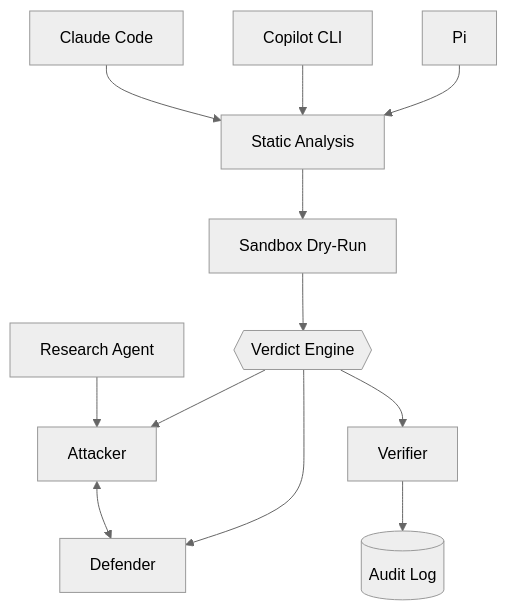
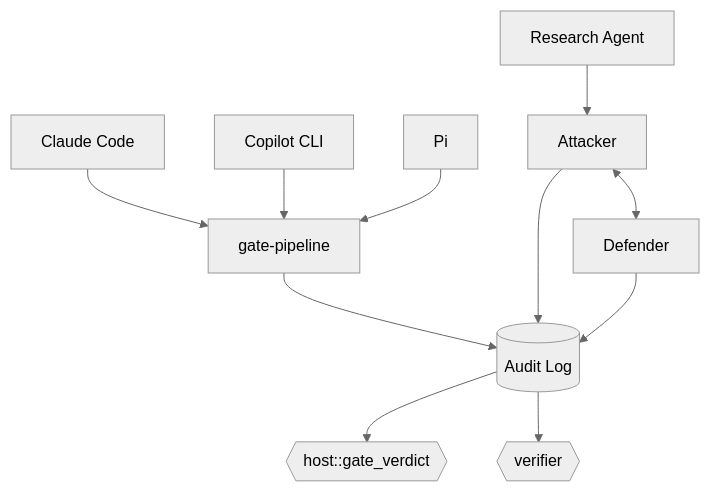
One commit to arifbazli/rust-agentic-sandbox changed the diagram in README.md. Above: the diagram before and after it, drawn with Mermaid (neutral theme). The commit also changed other lines of this file, not shown here.

Commit message:
Rewrite README.md — audited against post-harness-gate main (46/46 tests, gate-pipeline now real) (#11)

````diff
--- a/README.md
+++ b/README.md
@@ -7,12 +7,13 @@
 ```mermaid
 flowchart TB
-    CC[Claude Code] --> SA
-    CP[Copilot CLI] --> SA
-    PI[Pi] --> SA
-    SA[Static Analysis] --> SB[Sandbox Dry-Run] --> ORCH{{Verdict Engine}}
+    CC[Claude Code] --> GP[gate-pipeline]
+    CP[Copilot CLI] --> GP
+    PI[Pi] --> GP
     RA[Research Agent] --> ATK[Attacker]
     ATK <--> DEF[Defender]
-    ORCH --> ATK
-    ORCH --> DEF
-    ORCH --> VER[Verifier] --> AUDIT[(Audit Log)]
+    GP --> AUDIT[(Audit Log)]
+    ATK --> AUDIT
+    DEF --> AUDIT
+    AUDIT --> GV{{host::gate_verdict}}
+    AUDIT --> VER{{verifier}}
 ```
````
